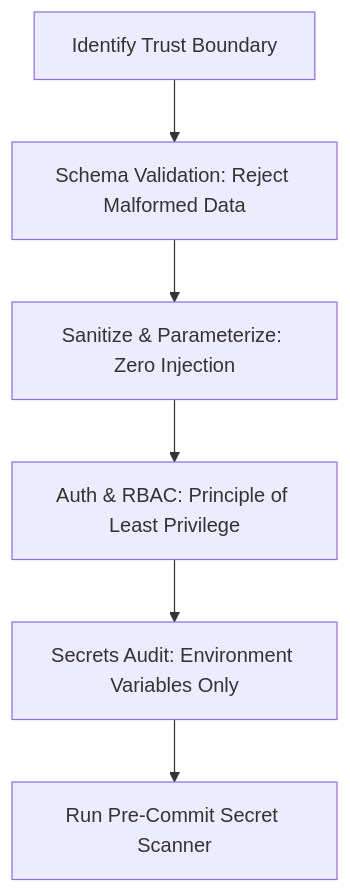
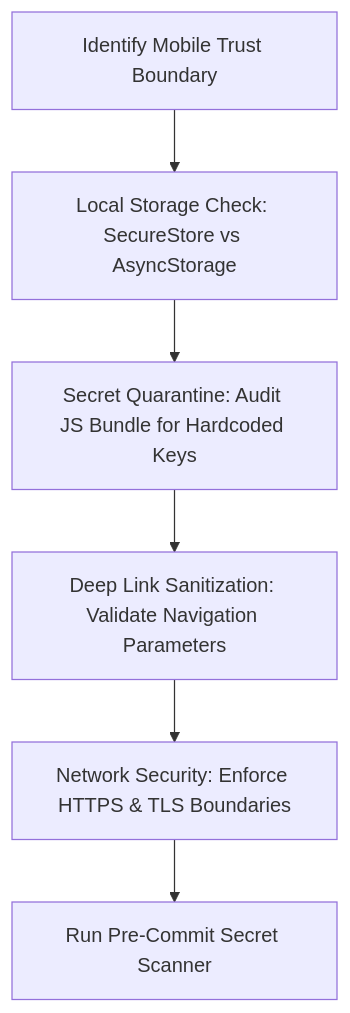
One commit to malejandro80/hubik-mobile changed the diagram in .agents/skills/security-hardening/SKILL.md. Above: the diagram before and after it, drawn with Mermaid. The commit also changed other lines of this file and 29 other files, not shown here.

````diff
--- a/.agents/skills/security-hardening/SKILL.md
+++ b/.agents/skills/security-hardening/SKILL.md
@@ -23,8 +24,8 @@
 ```mermaid
 flowchart TD
-    A[Identify Trust Boundary] --> B[Schema Validation: Reject Malformed Data]
-    B --> C[Sanitize & Parameterize: Zero Injection]
-    C --> D[Auth & RBAC: Principle of Least Privilege]
-    D --> E[Secrets Audit: Environment Variables Only]
+    A[Identify Mobile Trust Boundary] --> B[Local Storage Check: SecureStore vs AsyncStorage]
+    B --> C[Secret Quarantine: Audit JS Bundle for Hardcoded Keys]
+    C --> D[Deep Link Sanitization: Validate Navigation Parameters]
+    D --> E[Network Security: Enforce HTTPS & TLS Boundaries]
     E --> F[Run Pre-Commit Secret Scanner]
 ```
````
